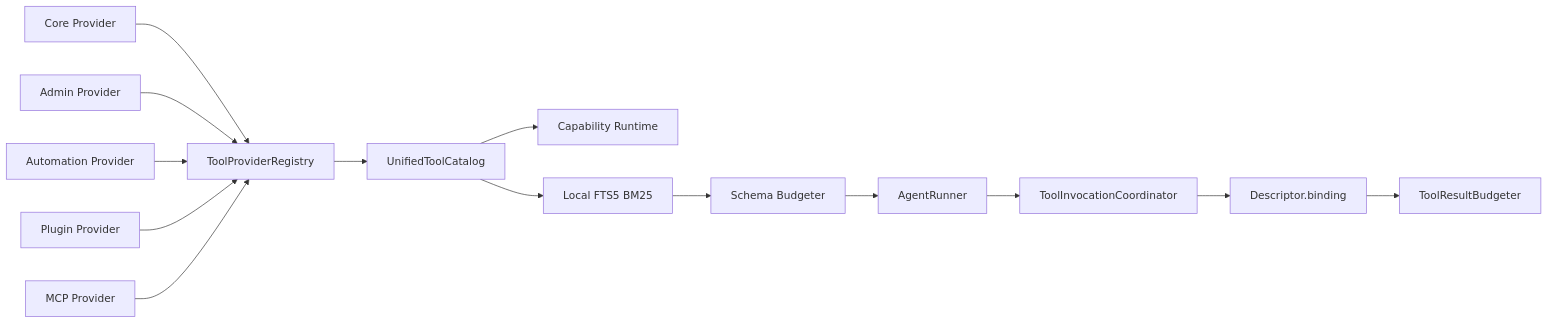
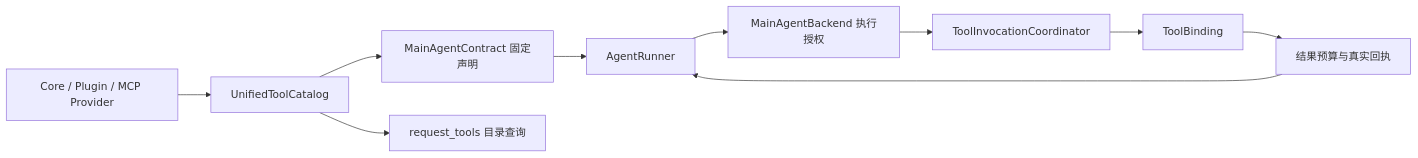
One commit to YuanYeYouTao/Yuki changed the diagram in docs/architecture/tool-kernel.md. Above: the diagram before and after it, drawn with Mermaid. The commit also changed other lines of this file and 20 other files, not shown here.

````diff
--- a/docs/architecture/tool-kernel.md
+++ b/docs/architecture/tool-kernel.md
@@ -12,16 +30,12 @@
 ```mermaid
 flowchart LR
-  C[Core Provider] --> R[ToolProviderRegistry]
-  A[Admin Provider] --> R
-  U[Automation Provider] --> R
-  P[Plugin Provider] --> R
-  M[MCP Provider] --> R
-  R --> D[UnifiedToolCatalog]
-  D --> S[Capability Runtime]
-  D --> Q[Local FTS5 BM25]
-  Q --> B[Schema Budgeter]
-  B --> G[AgentRunner]
-  G --> I[ToolInvocationCoordinator]
-  I --> X[Descriptor.binding]
-  X --> O[ToolResultBudgeter]
+  P[Core / Plugin / MCP Provider] --> D[UnifiedToolCatalog]
+  D --> F[MainAgentContract 固定声明]
+  F --> A[AgentRunner]
+  D --> Q[request_tools 目录查询]
+  A --> E[MainAgentBackend 执行授权]
+  E --> I[ToolInvocationCoordinator]
+  I --> B[ToolBinding]
+  B --> R[结果预算与真实回执]
+  R --> A
 ```
````
